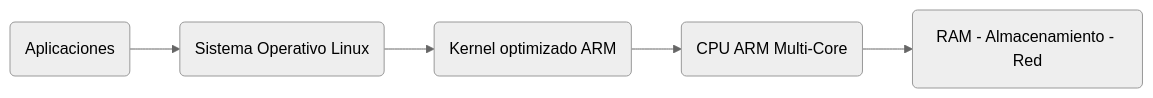
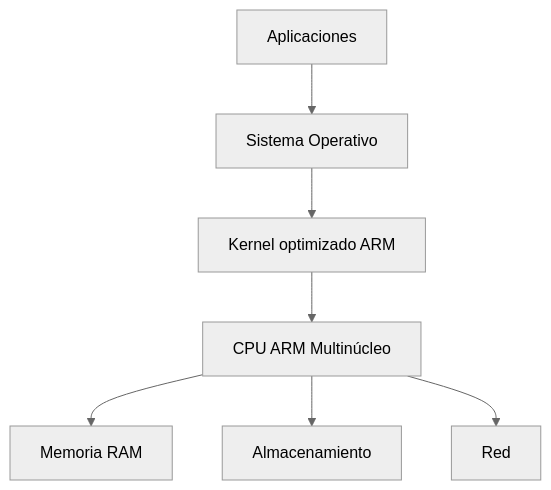
One commit to tectijuana/interfaz changed the first of 3 diagrams in docs/research26a/ARM en servidores: alternativa eficiente en data centers/README.md. Above: the diagram before and after it, drawn with Mermaid (neutral theme). The commit also changed other lines of this file, not shown here.

````diff
--- a/docs/research26a/ARM en servidores: alternativa eficiente en data centers/README.md
+++ b/docs/research26a/ARM en servidores: alternativa eficiente en data centers/README.md
@@ -50,7 +64,9 @@
-```mermaid  
-graph LR  
-A(Aplicaciones) --> B(Sistema Operativo Linux)  
-B --> C(Kernel optimizado ARM)  
-C --> D(CPU ARM Multi-Core)  
-D --> E(RAM - Almacenamiento - Red) 
+```mermaid
+flowchart TD
+    A[Aplicaciones] --> B[Sistema Operativo]
+    B --> C[Kernel optimizado ARM]
+    C --> D[CPU ARM Multinúcleo]
+    D --> E[Memoria RAM]
+    D --> F[Almacenamiento]
+    D --> G[Red]
 ```
````
